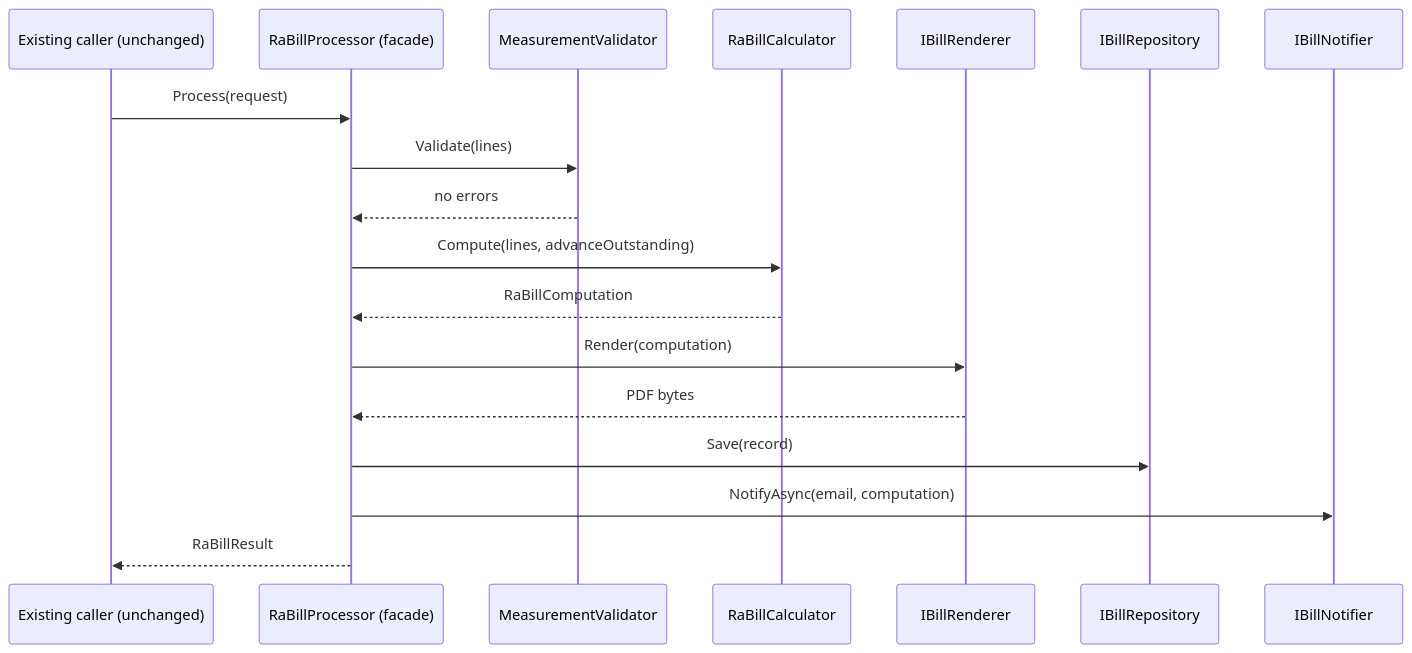
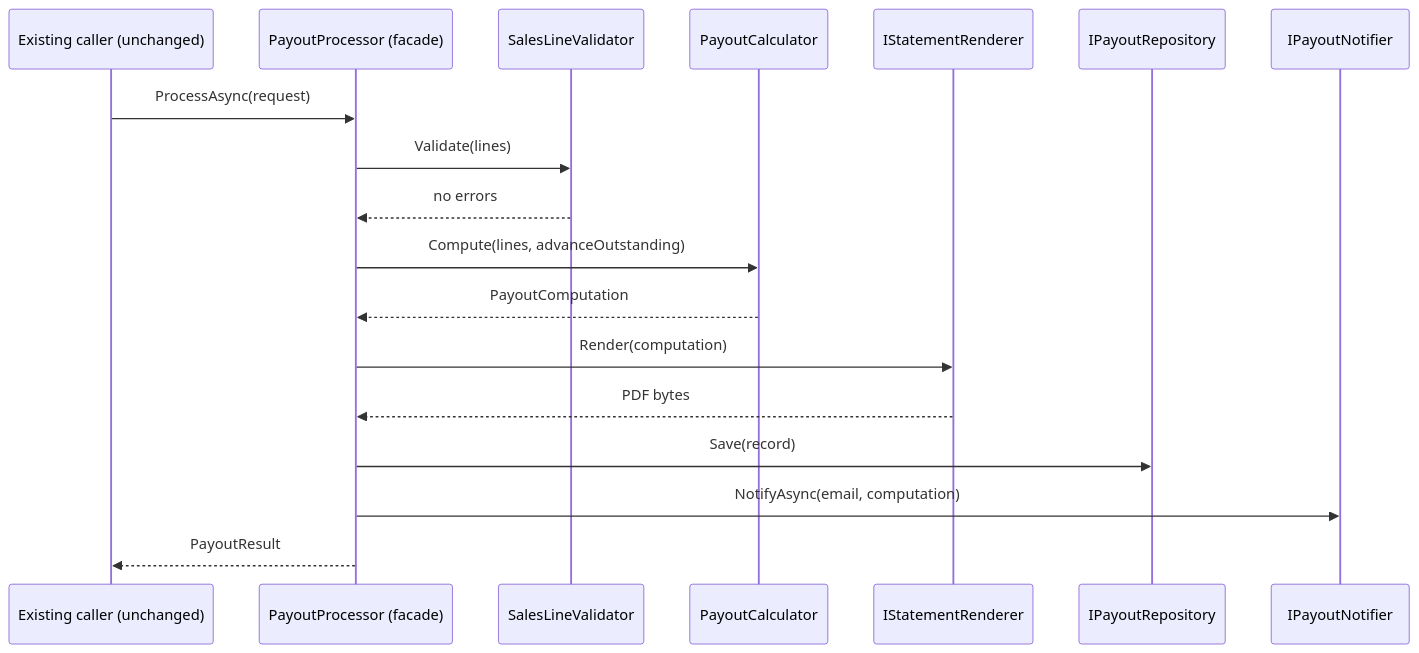
One commit to rizwi0786/system-design-lab changed the second of 3 diagrams in content/lessons/m07/m07-refactoring-large-classes.md. Above: the diagram before and after it, drawn with Mermaid. The commit also changed other lines of this file and 334 other files, not shown here.

````diff
--- a/content/lessons/m07/m07-refactoring-large-classes.md
+++ b/content/lessons/m07/m07-refactoring-large-classes.md
@@ -211,20 +211,20 @@
 ```mermaid
 sequenceDiagram
     participant Caller as Existing caller (unchanged)
-    participant F as RaBillProcessor (facade)
-    participant V as MeasurementValidator
-    participant C as RaBillCalculator
-    participant R as IBillRenderer
-    participant Repo as IBillRepository
-    participant N as IBillNotifier
-    Caller->>F: Process(request)
+    participant F as PayoutProcessor (facade)
+    participant V as SalesLineValidator
+    participant C as PayoutCalculator
+    participant R as IStatementRenderer
+    participant Repo as IPayoutRepository
+    participant N as IPayoutNotifier
+    Caller->>F: ProcessAsync(request)
     F->>V: Validate(lines)
     V-->>F: no errors
     F->>C: Compute(lines, advanceOutstanding)
-    C-->>F: RaBillComputation
+    C-->>F: PayoutComputation
     F->>R: Render(computation)
     R-->>F: PDF bytes
     F->>Repo: Save(record)
     F->>N: NotifyAsync(email, computation)
-    F-->>Caller: RaBillResult
+    F-->>Caller: PayoutResult
 ```
````
